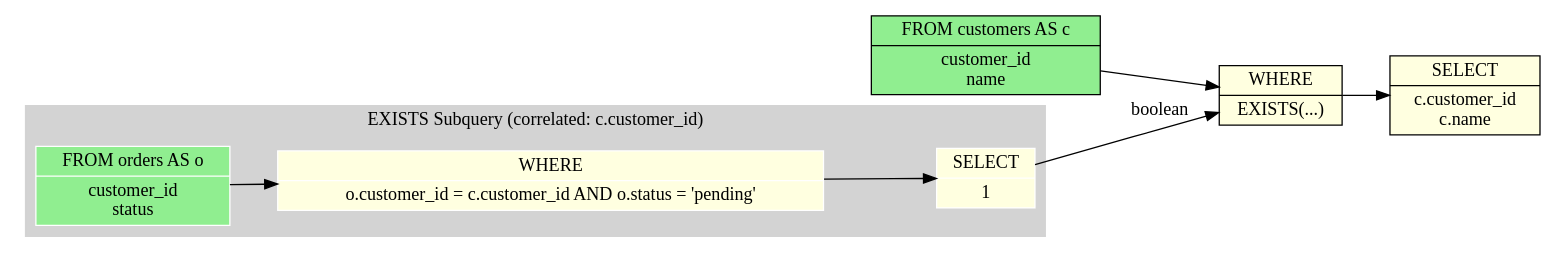
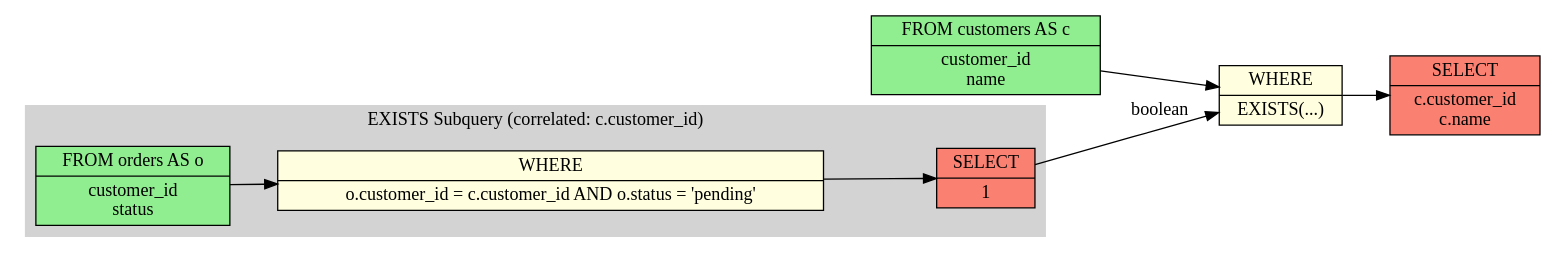
Before and after one commit to rot1024/sqloflow: the diagram in examples/subquery_exists.dot, drawn with Graphviz. The commit also changed 76 other files, not shown here.

```diff
--- a/examples/subquery_exists.dot
+++ b/examples/subquery_exists.dot
@@ -1,34 +1,33 @@
 digraph schema_flow {
   rankdir=LR;
   node [shape=record];
 
   // Source tables
   node_0 [label="FROM customers AS c|customer_id\nname", style=filled, fillcolor=lightgreen];
 
   // Operations
   node_1 [label="WHERE|EXISTS(...)", style=filled, fillcolor=lightyellow];
-  node_3 [label="SELECT|c.customer_id\nc.name", style=filled, fillcolor=lightyellow];
+  node_3 [label="SELECT|c.customer_id\nc.name", style=filled, fillcolor=salmon];
 
   // Data flow edges
 
   // JOIN operations with table info
   node_0 -> node_1;
   node_1 -> node_3;
 
   subgraph cluster_node_2 {
     label="EXISTS Subquery (correlated: c.customer_id)";
     style=filled;
     color=lightgrey;
-    node [style=filled,color=white];
     // Source tables
     subq_0_node_0 [label="FROM orders AS o|customer_id\nstatus", style=filled, fillcolor=lightgreen];
     // Operations
     subq_0_node_1 [label="WHERE|o.customer_id = c.customer_id AND o.status = 'pending'", style=filled, fillcolor=lightyellow];
-    subq_0_node_2 [label="SELECT|1", style=filled, fillcolor=lightyellow];
+    subq_0_node_2 [label="SELECT|1", style=filled, fillcolor=salmon];
     // Data flow edges
     // JOIN operations with table info
     subq_0_node_0 -> subq_0_node_1;
     subq_0_node_1 -> subq_0_node_2;
   }
   subq_0_node_2 -> node_1 [label="boolean"];
 }
```
